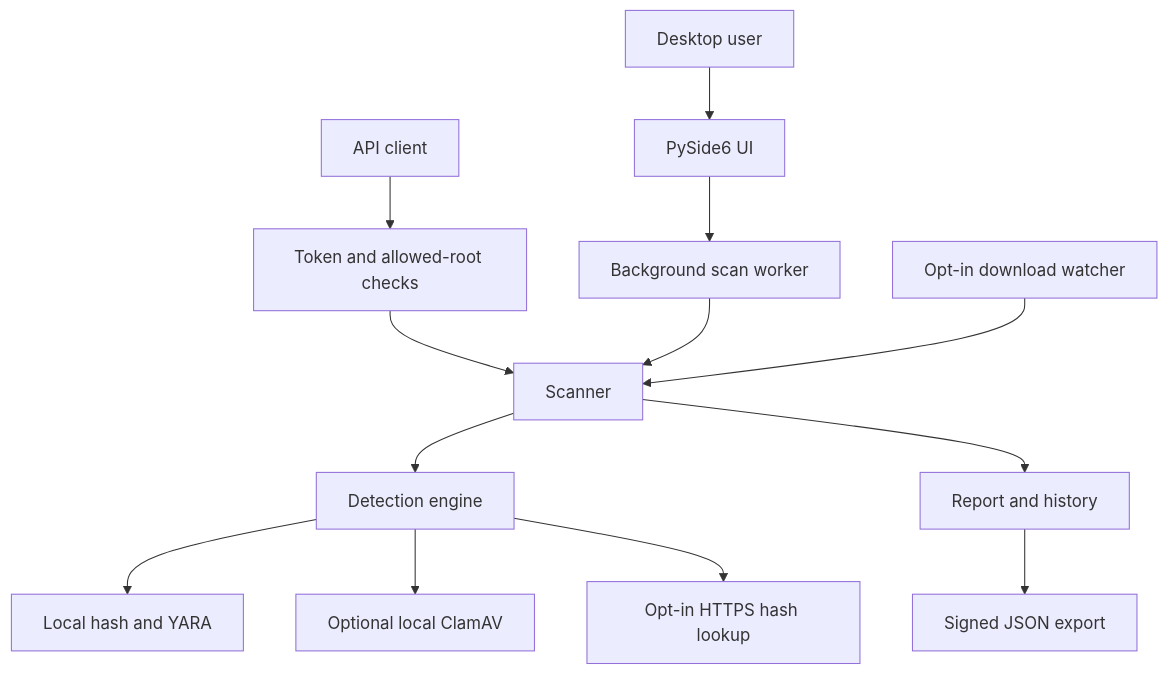
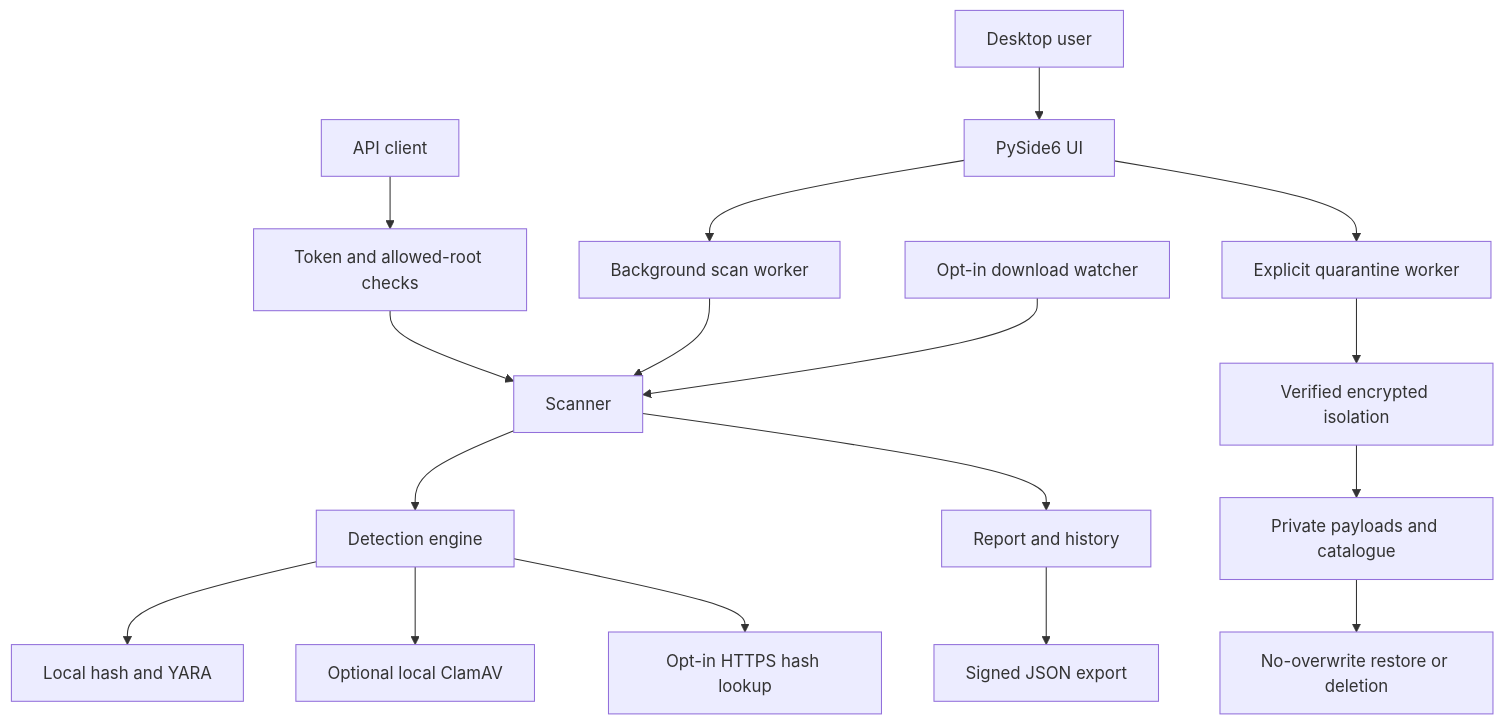
The diagram in docs/IAS-ENGINEERING-REVIEW.md (Alex-AI-Coding/IAS-AM), drawn with Mermaid before and after one commit. The commit also changed other lines of this file and 35 other files, not shown here.

Commit message:
Add verified encrypted quarantine and ocean desktop theme

````diff
--- a/docs/IAS-ENGINEERING-REVIEW.md
+++ b/docs/IAS-ENGINEERING-REVIEW.md
@@ -182,15 +185,19 @@
 ```mermaid
 flowchart TD
     U["Desktop user"] --> V["PySide6 UI"]
     V --> W["Background scan worker"]
     A["API client"] --> G["Token and allowed-root checks"]
     G --> S["Scanner"]
     W --> S
     D["Opt-in download watcher"] --> S
     S --> E["Detection engine"]
     E --> L["Local hash and YARA"]
     E --> C["Optional local ClamAV"]
     E --> T["Opt-in HTTPS hash lookup"]
     S --> R["Report and history"]
     R --> K["Signed JSON export"]
+    V --> Q["Explicit quarantine worker"]
+    Q --> I["Verified encrypted isolation"]
+    I --> B["Private payloads and catalogue"]
+    B --> O["No-overwrite restore or deletion"]
 ```
````
